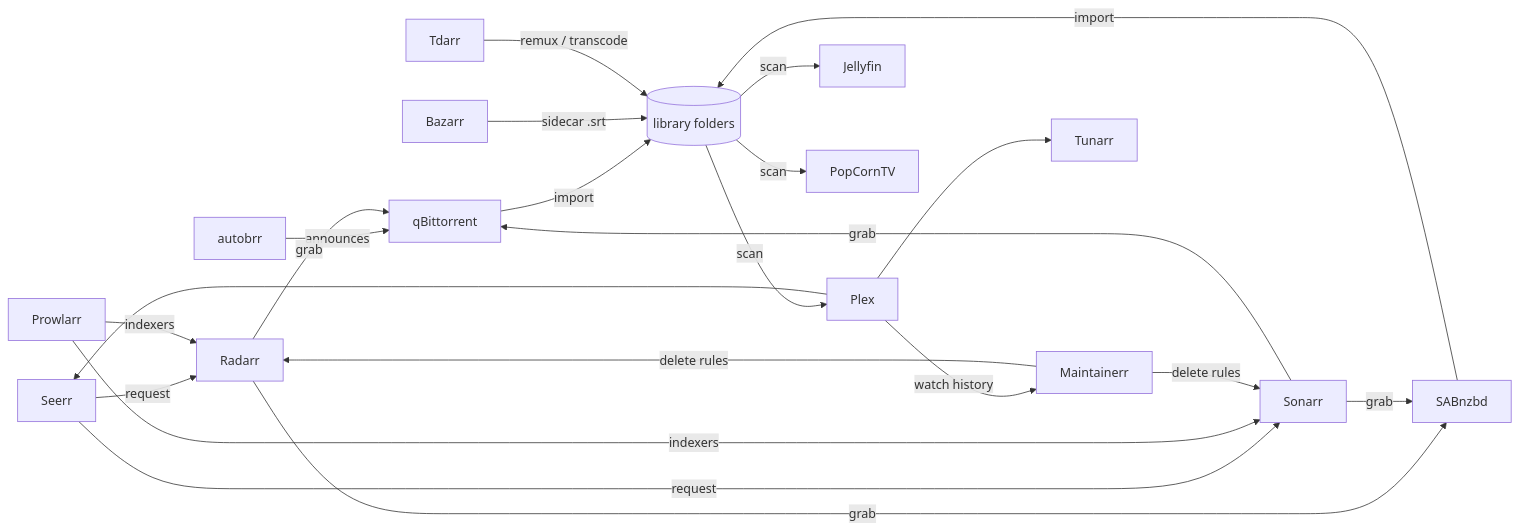
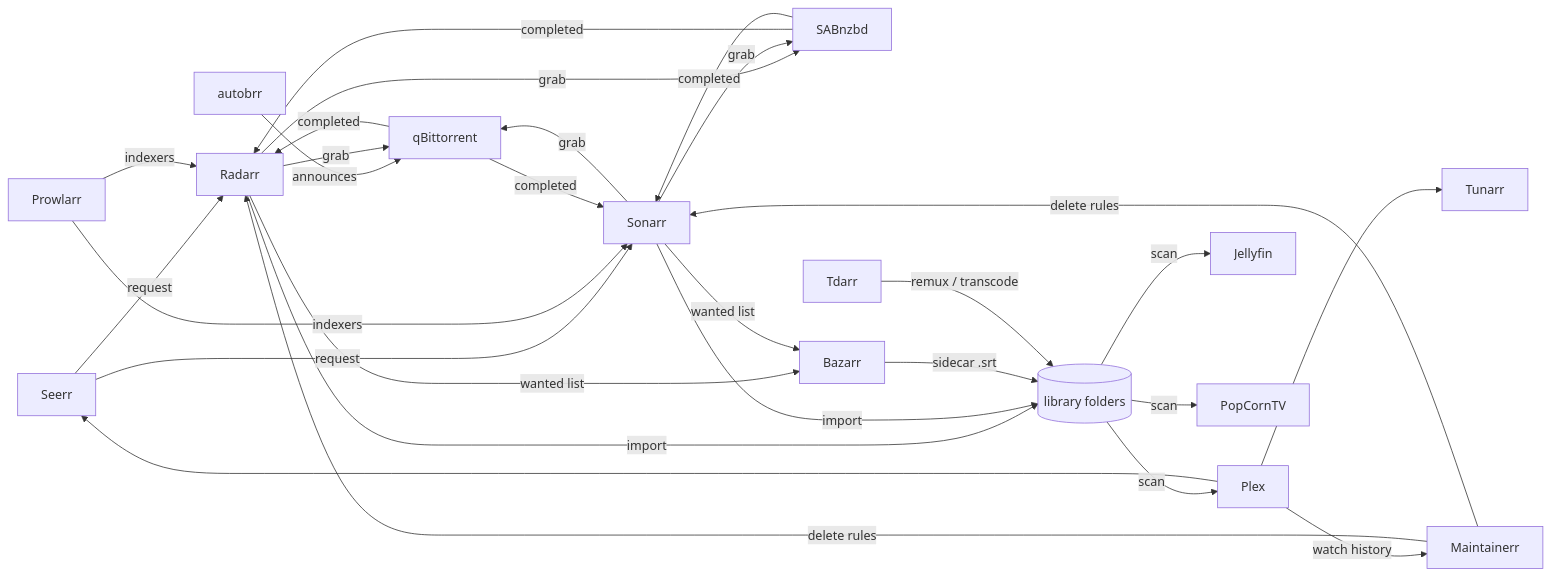
One commit to benoit-bremaud/popcorntv changed the diagram in docs/requirements/02-homelab-ecosystem.md. Above: the diagram before and after it, drawn with Mermaid. The commit also changed other lines of this file and 1 other file, not shown here.

````diff
--- a/docs/requirements/02-homelab-ecosystem.md
+++ b/docs/requirements/02-homelab-ecosystem.md
@@ -21,14 +22,16 @@
 ```mermaid
 flowchart LR
   Seerr -- request --> Radarr & Sonarr
   Prowlarr -- indexers --> Radarr & Sonarr
   autobrr -- announces --> qBittorrent
   Radarr & Sonarr -- grab --> qBittorrent & SABnzbd
-  qBittorrent & SABnzbd -- import --> Library[(library folders)]
+  qBittorrent & SABnzbd -- completed --> Radarr & Sonarr
+  Radarr & Sonarr -- import --> Library[(library folders)]
+  Radarr & Sonarr -- wanted list --> Bazarr
   Bazarr -- sidecar .srt --> Library
   Tdarr -- remux / transcode --> Library
   Library -- scan --> Plex & Jellyfin & PopCornTV
   Plex -- watch history --> Maintainerr
   Maintainerr -- delete rules --> Radarr & Sonarr
   Plex --> Tunarr & Seerr
 ```
````
